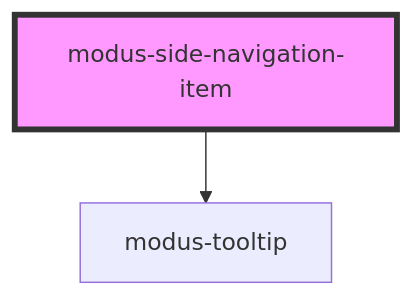
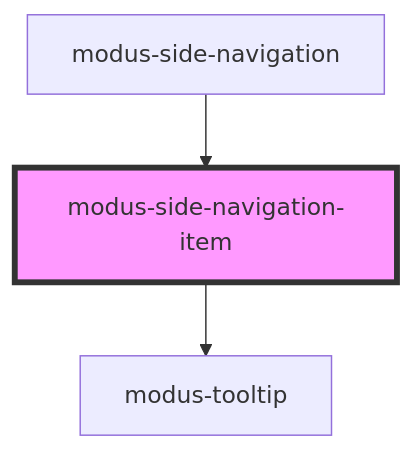
One commit to trimble-oss/modus-web-components changed the diagram in stencil-workspace/src/components/modus-side-navigation/modus-side-navigation-item/readme.md. Above: the diagram before and after it, drawn with Mermaid. The commit also changed other lines of this file and 18 other files, not shown here.

Commit message:
Added data prop to Side navigation component and keyboard navigation

````diff
--- a/stencil-workspace/src/components/modus-side-navigation/modus-side-navigation-item/readme.md
+++ b/stencil-workspace/src/components/modus-side-navigation/modus-side-navigation-item/readme.md
@@ -32,5 +51,6 @@
 ```mermaid
 graph TD;
   modus-side-navigation-item --> modus-tooltip
+  modus-side-navigation --> modus-side-navigation-item
   style modus-side-navigation-item fill:#f9f,stroke:#333,stroke-width:4px
 ```
````
